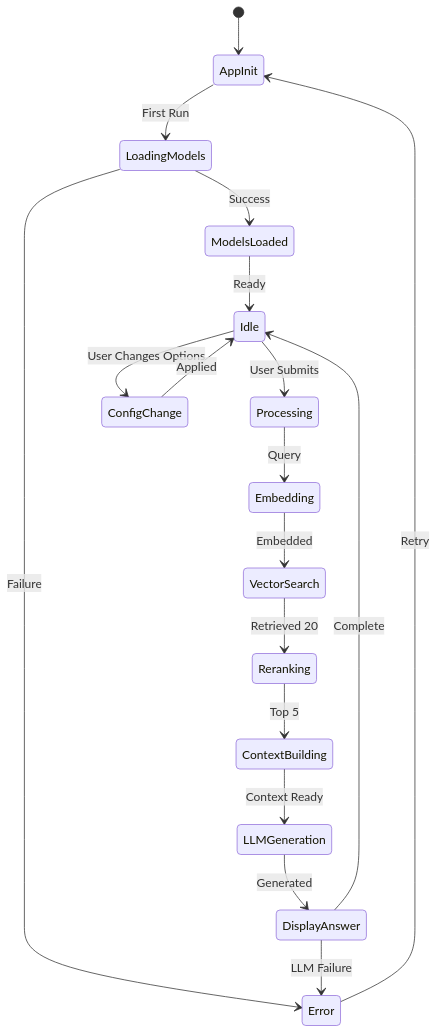
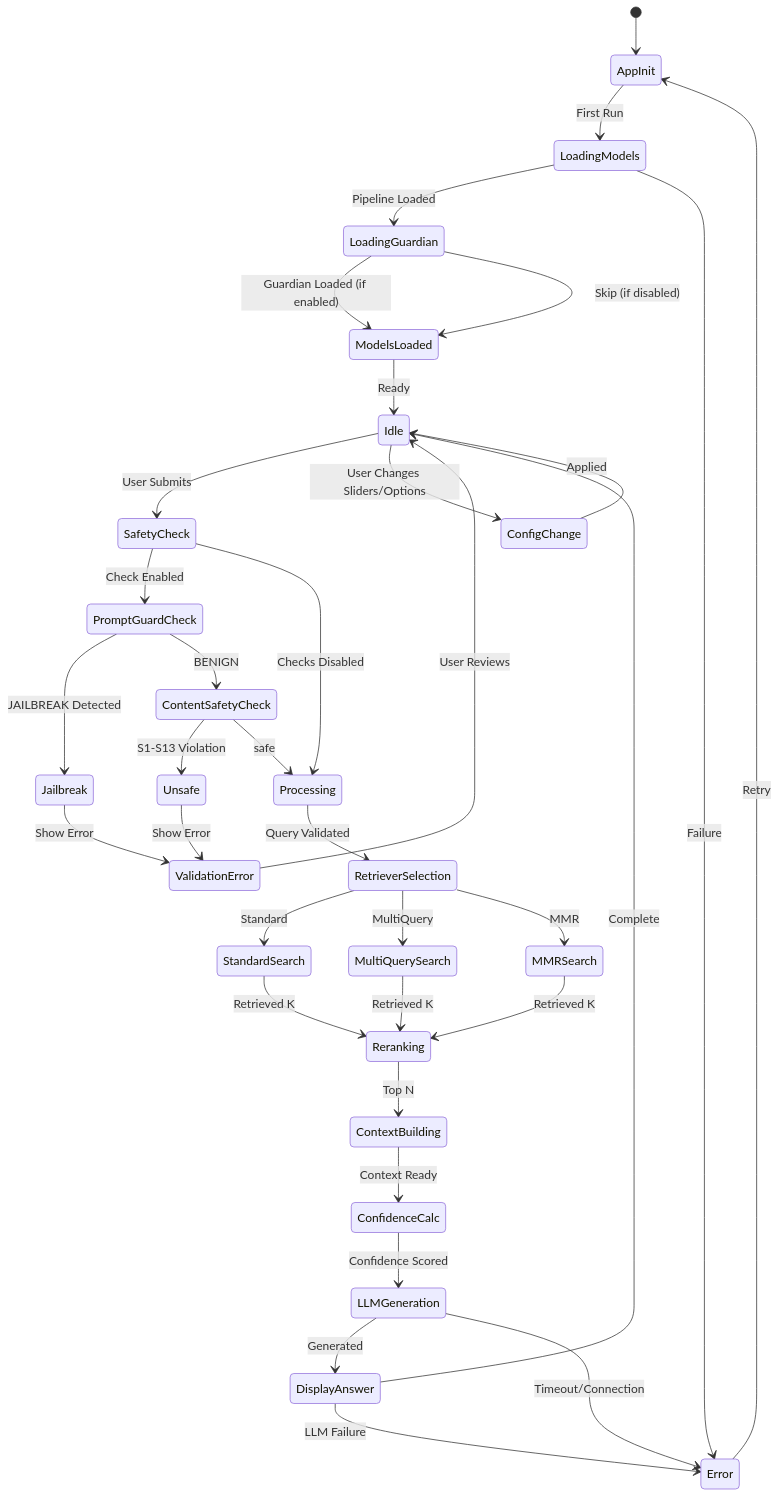
One commit to tniccum21/LLM_Class changed the fourth of 7 diagrams in Week07/ARCHITECTURE.md. Above: the diagram before and after it, drawn with Mermaid. The commit also changed other lines of this file and 1 other file, not shown here.

First line of the commit message:
Fix Week07 Mermaid diagram syntax for v8.8.0 compatibility

````diff
--- a/Week07/ARCHITECTURE.md
+++ b/Week07/ARCHITECTURE.md
@@ -165,25 +271,49 @@
 ```mermaid
 stateDiagram-v2
     [*] --> AppInit
 
     AppInit --> LoadingModels: First Run
-    LoadingModels --> ModelsLoaded: Success
+    LoadingModels --> LoadingGuardian: Pipeline Loaded
+    LoadingGuardian --> ModelsLoaded: Guardian Loaded (if enabled)
+    LoadingGuardian --> ModelsLoaded: Skip (if disabled)
     LoadingModels --> Error: Failure
 
     ModelsLoaded --> Idle: Ready
 
-    Idle --> Processing: User Submits
-    Processing --> Embedding: Query
-    Embedding --> VectorSearch: Embedded
-    VectorSearch --> Reranking: Retrieved 20
-    Reranking --> ContextBuilding: Top 5
-    ContextBuilding --> LLMGeneration: Context Ready
+    Idle --> SafetyCheck: User Submits
+    SafetyCheck --> PromptGuardCheck: Check Enabled
+    SafetyCheck --> Processing: Checks Disabled
+
+    PromptGuardCheck --> Jailbreak: JAILBREAK Detected
+    PromptGuardCheck --> ContentSafetyCheck: BENIGN
+
+    ContentSafetyCheck --> Unsafe: S1-S13 Violation
+    ContentSafetyCheck --> Processing: safe
+
+    Jailbreak --> ValidationError: Show Error
+    Unsafe --> ValidationError: Show Error
+    ValidationError --> Idle: User Reviews
+
+    Processing --> RetrieverSelection: Query Validated
+    RetrieverSelection --> StandardSearch: Standard
+    RetrieverSelection --> MultiQuerySearch: MultiQuery
+    RetrieverSelection --> MMRSearch: MMR
+
+    StandardSearch --> Reranking: Retrieved K
+    MultiQuerySearch --> Reranking: Retrieved K
+    MMRSearch --> Reranking: Retrieved K
+
+    Reranking --> ContextBuilding: Top N
+    ContextBuilding --> ConfidenceCalc: Context Ready
+    ConfidenceCalc --> LLMGeneration: Confidence Scored
+
     LLMGeneration --> DisplayAnswer: Generated
     DisplayAnswer --> Idle: Complete
 
-    Idle --> ConfigChange: User Changes Options
+    Idle --> ConfigChange: User Changes Sliders/Options
     ConfigChange --> Idle: Applied
 
     Error --> AppInit: Retry
     DisplayAnswer --> Error: LLM Failure
+    LLMGeneration --> Error: Timeout/Connection
 ```
````
